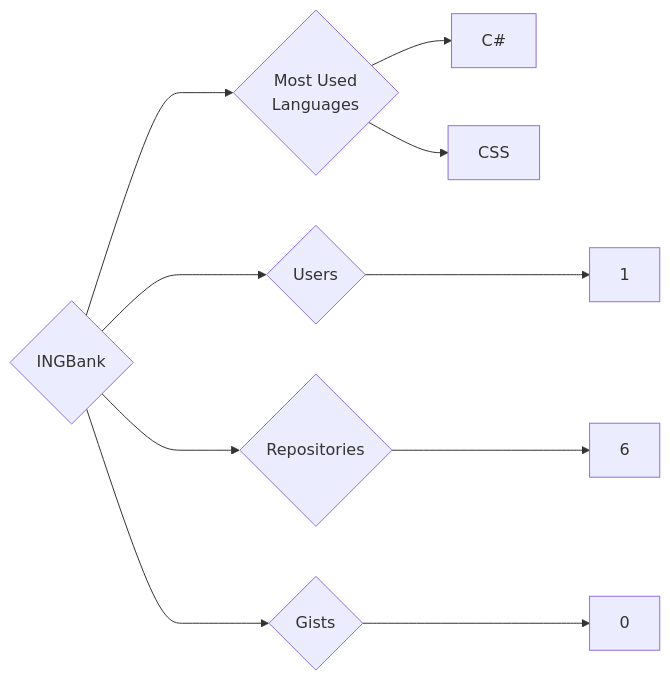
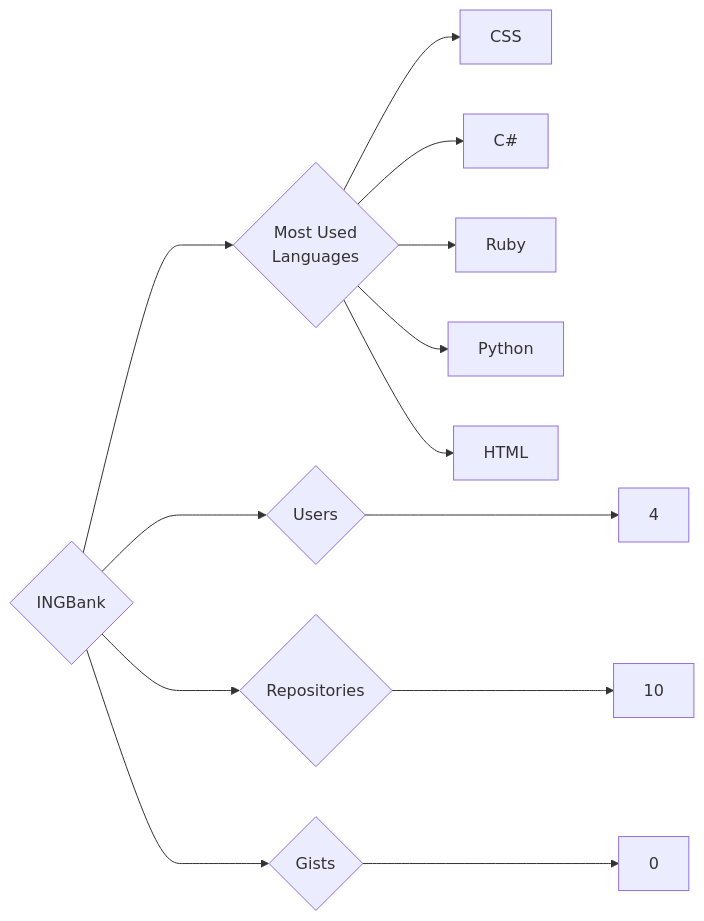
One commit to trickest/insiders changed the diagram in targets/INGBank/README.md. Above: the diagram before and after it, drawn with Mermaid. The commit also changed 682 other files, not shown here.

````diff
--- a/targets/INGBank/README.md
+++ b/targets/INGBank/README.md
@@ -3,10 +3,13 @@
 ```mermaid
 graph LR
 COMPANY_NAME{INGBank}
-COMPANY_NAME ---> U{Users} ---> UN[1]
-COMPANY_NAME ---> R{Repositories} ---> RN[6]
+COMPANY_NAME ---> U{Users} ---> UN[4]
+COMPANY_NAME ---> R{Repositories} ---> RN[10]
 COMPANY_NAME ---> G{Gists} ---> GN[0]
 COMPANY_NAME ---> ML{Most Used<br>Languages}
+ML --> CSS[CSS]
 ML --> C#[C#]
-ML --> CSS[CSS]
+ML --> Ruby[Ruby]
+ML --> Python[Python]
+ML --> HTML[HTML]
 ```
````
